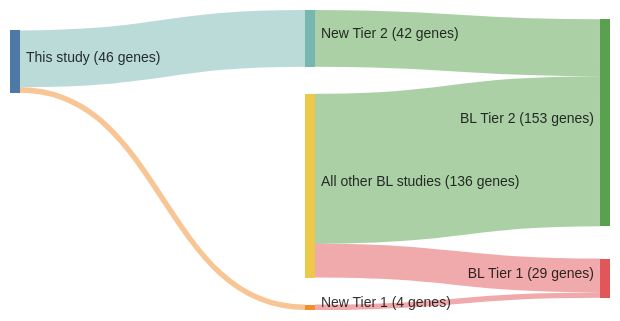
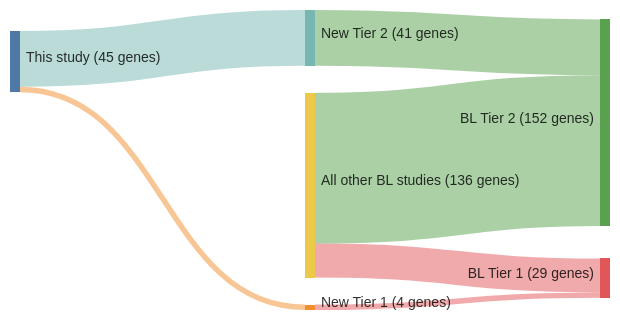
The diagram in papers/paneaWholeGenomeLandscape2019.md (morinlab/lymphopedia), drawn with Mermaid before and after one commit. The commit also changed other lines of this file and 3 other files, not shown here.

````diff
--- a/papers/paneaWholeGenomeLandscape2019.md
+++ b/papers/paneaWholeGenomeLandscape2019.md
@@ -12,20 +12,20 @@
 ```mermaid
 ---
 config:
     sankey:
         showValues: true
         linkColor: target
         width: 600
         height: 300
         nodeAlignment: right
         prefix: '('
         suffix: ' genes)'
 ---
 sankey-beta
 This study, New Tier 1, 4
 New Tier 1, BL Tier 1, 4
-This study, New Tier 2, 42
-New Tier 2, BL Tier 2, 42
+This study, New Tier 2, 41
+New Tier 2, BL Tier 2, 41
 All other BL studies, BL Tier 1, 25
 All other BL studies, BL Tier 2, 111
 ```
````
